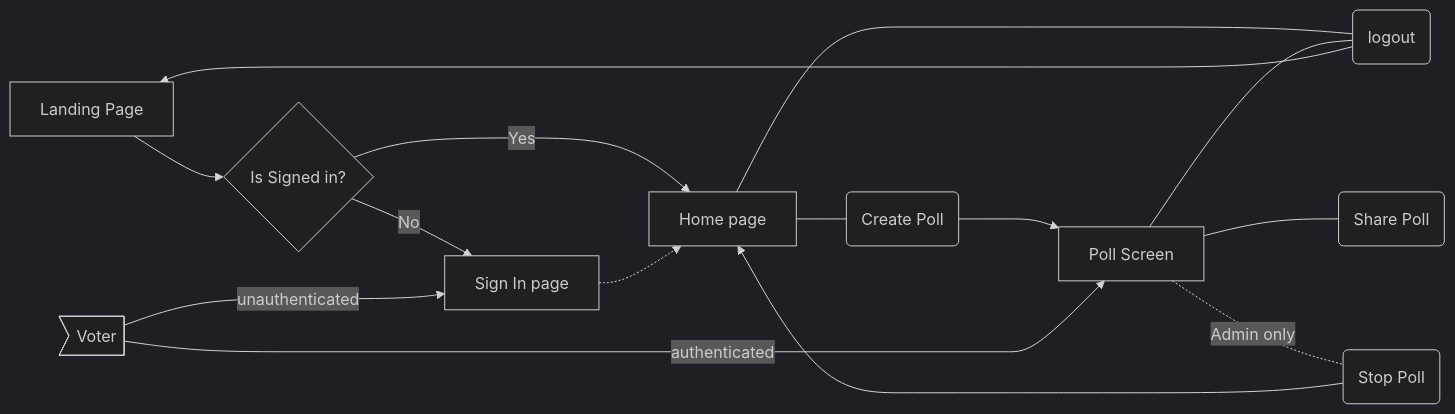
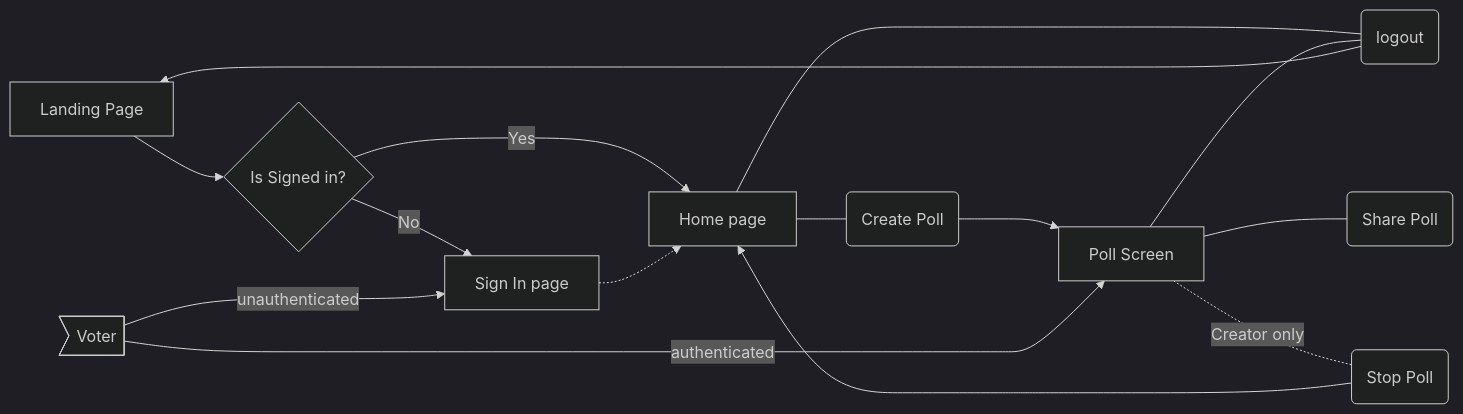
The diagram in pages/planning.md (2002Bishwajeet/poll-hub-slides), drawn with Mermaid (dark theme) before and after one commit. The commit also changed other lines of this file and 14 other files, not shown here.

````diff
--- a/pages/planning.md
+++ b/pages/planning.md
@@ -130,17 +135,17 @@
 ```mermaid
 flowchart LR
     A[Landing Page] --> B{Is Signed in?}
     B --> |Yes| C[Home page]
     B --> |No| D[Sign In page]
     D -.-> C
     F(logout) --> A
     C --- E(Create Poll)
     C --- F
     E ---> G[Poll Screen]
     G --- F
     G --- H(Share Poll)
-    G -.- |Admin only| I(Stop Poll) --> C
+    G -.- |Creator only| I(Stop Poll) --> C
     J>Voter] --> |authenticated| G
     J ---> |unauthenticated| D
 
 ```
````
